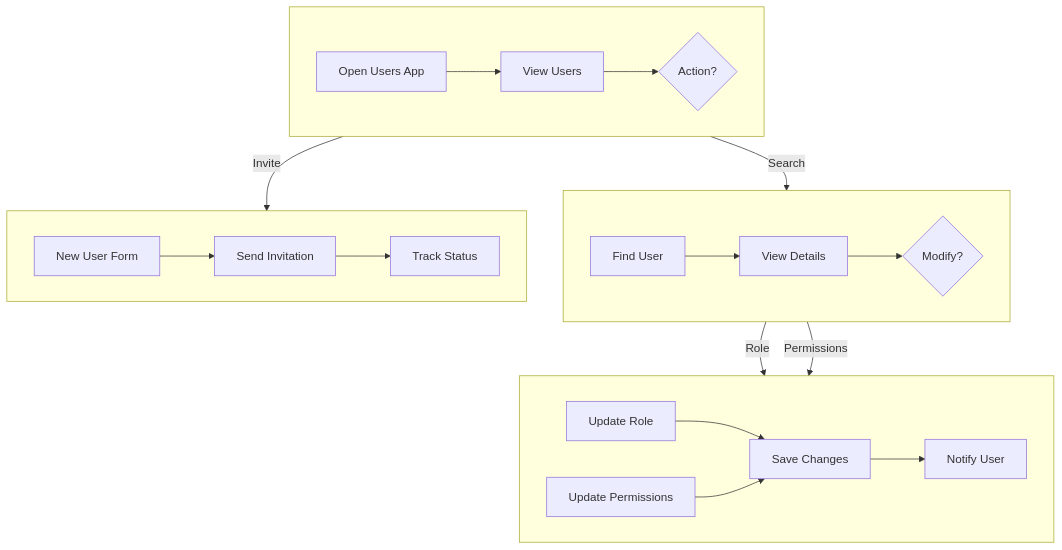
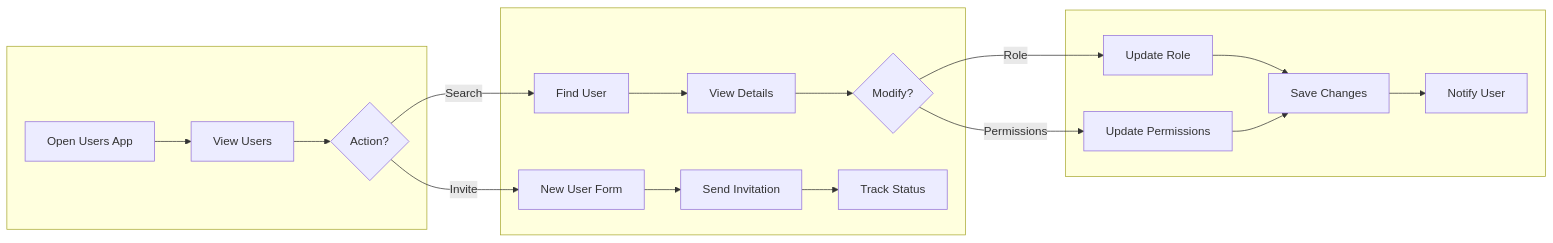
One commit to RoundRobinHood/cogniflight-cloud changed the seventh of 10 diagrams in docs/SEN3781_Assignment4_Information_Architecture_Report.md. Above: the diagram before and after it, drawn with Mermaid. The commit also changed other lines of this file, not shown here.

Commit message:
improved diagram readability

````diff
--- a/docs/SEN3781_Assignment4_Information_Architecture_Report.md
+++ b/docs/SEN3781_Assignment4_Information_Architecture_Report.md
@@ -365,24 +347,18 @@
 ```mermaid
-flowchart TB
-    subgraph row1[" "]
-        direction LR
+flowchart LR
+    subgraph col1[" "]
         A[Open Users App] --> B[View Users] --> C{Action?}
     end
-    subgraph row2[" "]
-        direction LR
+    subgraph col2[" "]
         D[Find User] --> F[View Details] --> G{Modify?}
+        E[New User Form] --> L[Send Invitation] --> M[Track Status]
     end
-    subgraph row3[" "]
-        direction LR
+    subgraph col3[" "]
         H[Update Role] --> J[Save Changes] --> K[Notify User]
         I[Update Permissions] --> J
-    end
-    subgraph row4[" "]
-        direction LR
-        E[New User Form] --> L[Send Invitation] --> M[Track Status]
     end
     C -->|Search| D
     C -->|Invite| E
     G -->|Role| H
     G -->|Permissions| I
 ```
````
